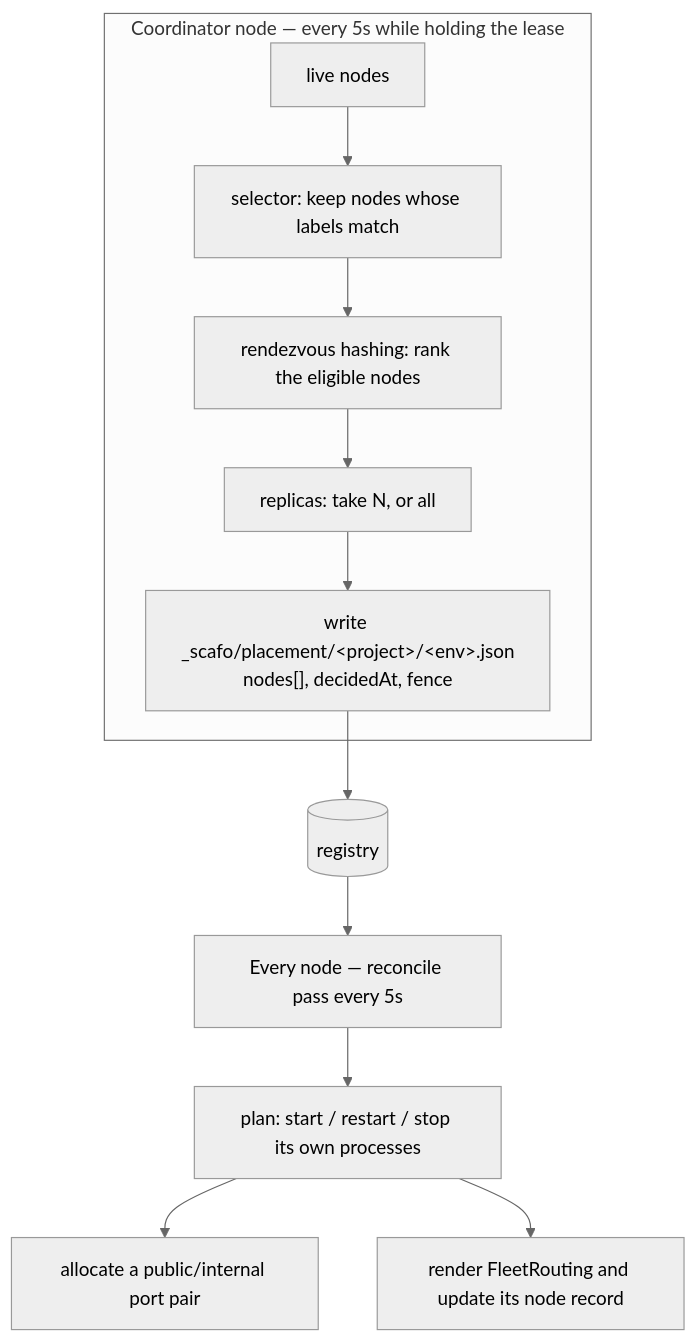
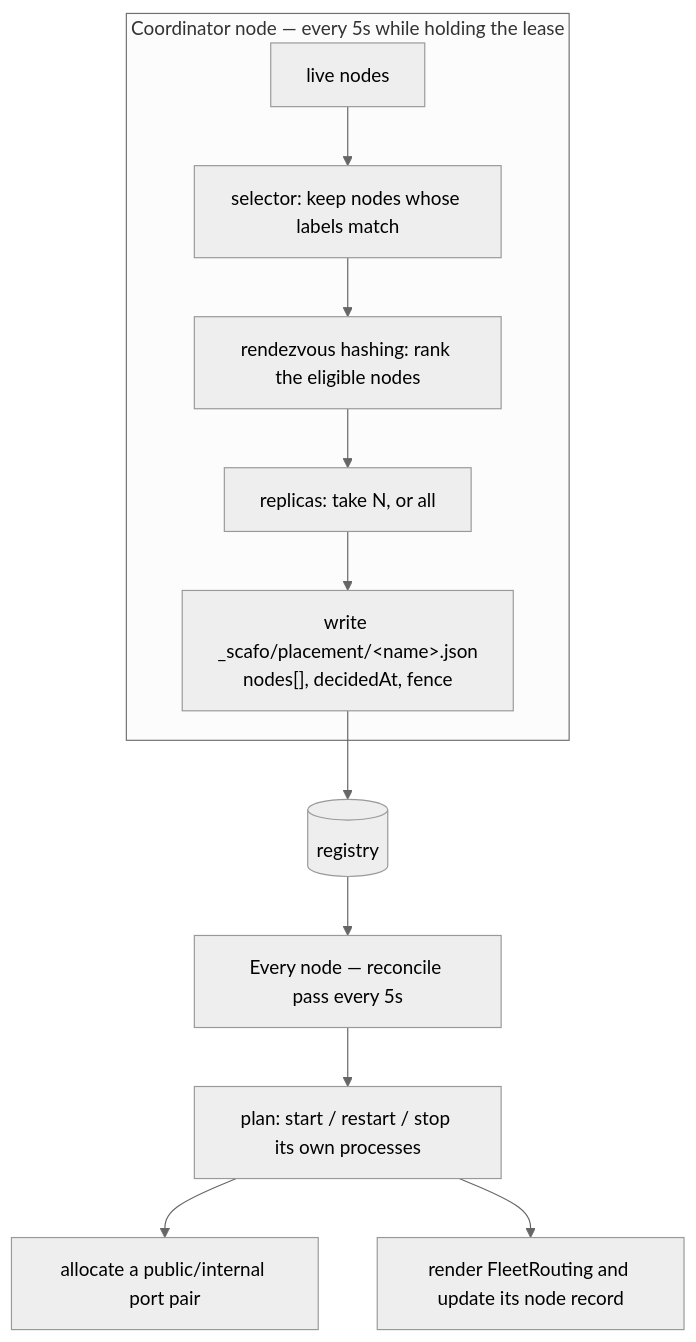
The diagram in 1.docs/13.placement.md (sandros94/scafo-docs), drawn with Mermaid (neutral theme) before and after one commit. The commit also changed other lines of this file and 30 other files, not shown here.

````diff
--- a/1.docs/13.placement.md
+++ b/1.docs/13.placement.md
@@ -11,14 +11,14 @@
 ```mermaid
 flowchart TD
   subgraph coordinator["Coordinator node — every 5s while holding the lease"]
     live["live nodes"] --> sel["selector: keep nodes whose labels match"]
     sel --> rv["rendezvous hashing: rank the eligible nodes"]
     rv --> rep["replicas: take N, or all"]
-    rep --> rec["write _scafo/placement/&lt;project&gt;/&lt;env&gt;.json<br/>nodes[], decidedAt, fence"]
+    rep --> rec["write _scafo/placement/&lt;name&gt;.json<br/>nodes[], decidedAt, fence"]
   end
   rec --> bucket[("registry")]
   bucket --> node["Every node — reconcile pass every 5s"]
   node --> plan["plan: start / restart / stop its own processes"]
   plan --> ports["allocate a public/internal port pair"]
   plan --> routing["render FleetRouting and update its node record"]
 ```
````
